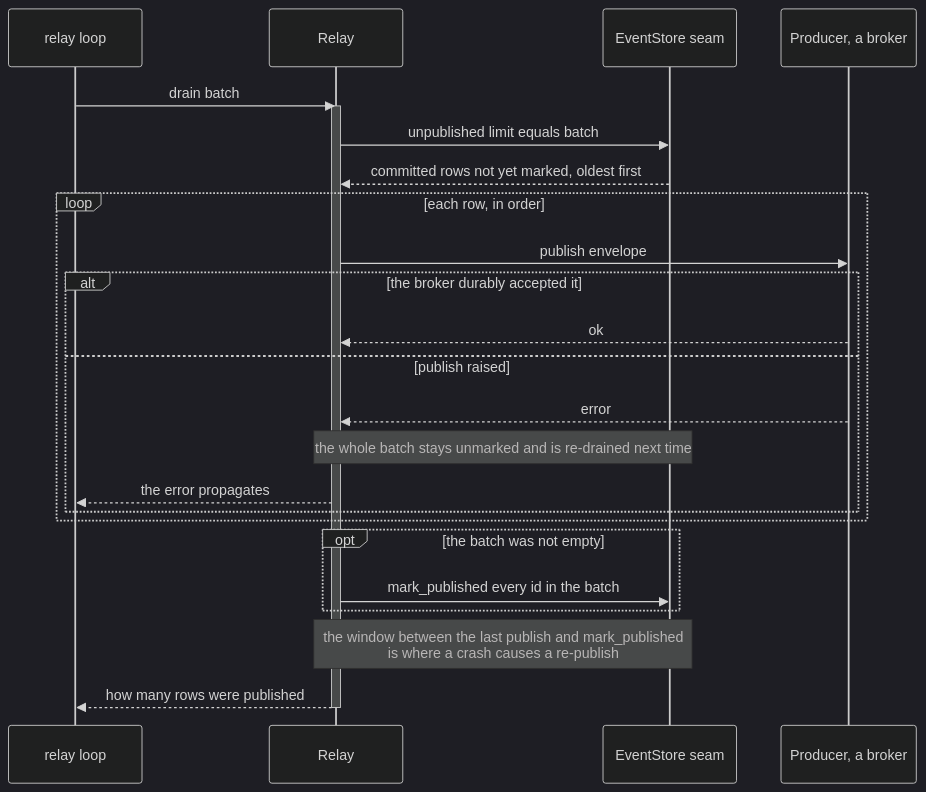
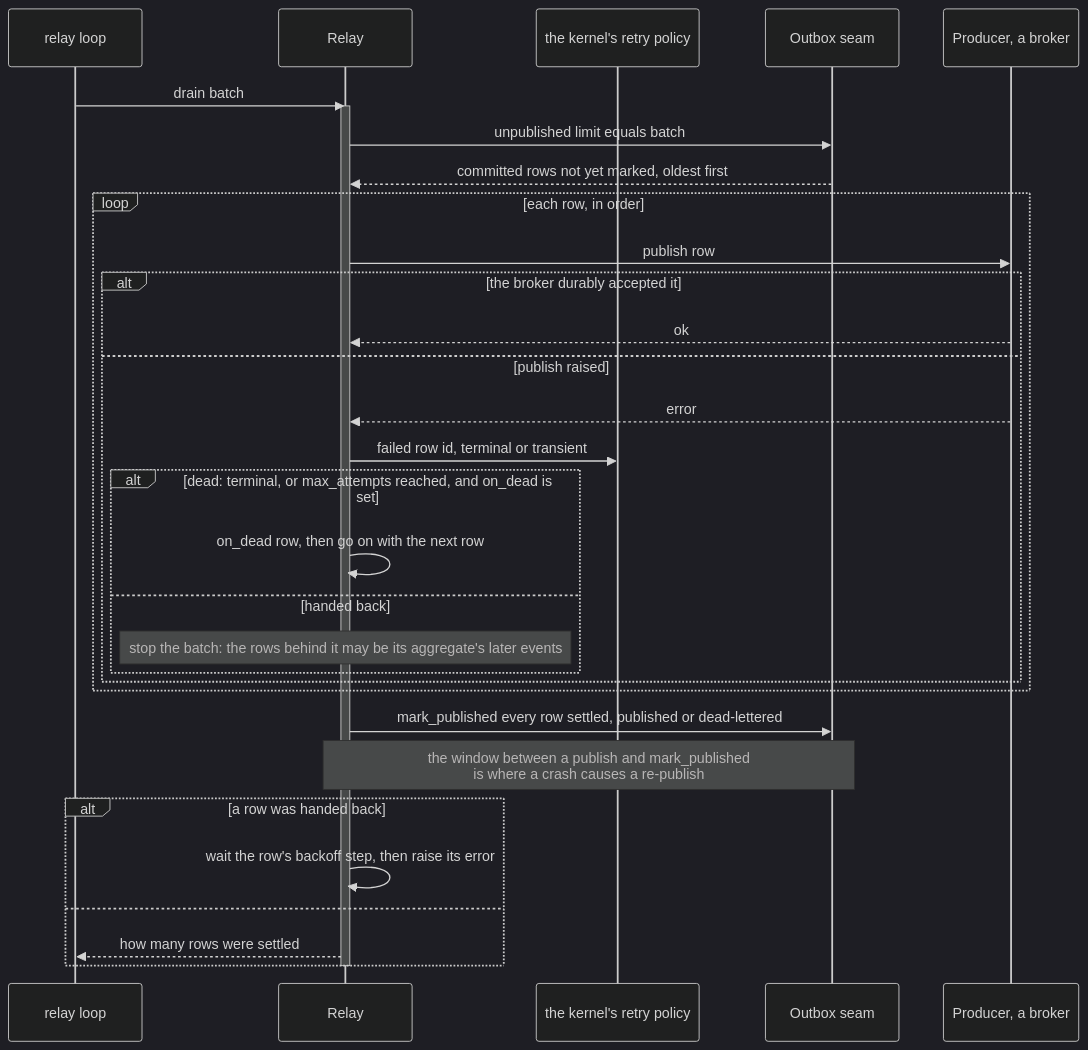
The fourth of 5 diagrams in docs/sdk/outbox.md (haskian/edax), drawn with Mermaid (dark theme) before and after one commit. The commit also changed other lines of this file and 234 other files, not shown here.

````diff
--- a/docs/sdk/outbox.md
+++ b/docs/sdk/outbox.md
@@ -134,28 +142,35 @@
 ```mermaid
 sequenceDiagram
     participant L as relay loop
     participant R as Relay
-    participant S as EventStore seam
+    participant K as the kernel's retry policy
+    participant S as Outbox seam
     participant P as Producer, a broker
 
     L->>R: drain batch
     activate R
     R->>S: unpublished limit equals batch
     S-->>R: committed rows not yet marked, oldest first
     loop each row, in order
-        R->>P: publish envelope
+        R->>P: publish row
         alt the broker durably accepted it
             P-->>R: ok
         else publish raised
             P-->>R: error
-            Note over R,S: the whole batch stays unmarked and is re-drained next time
-            R-->>L: the error propagates
+            R->>K: failed row id, terminal or transient
+            alt dead: terminal, or max_attempts reached, and on_dead is set
+                R->>R: on_dead row, then go on with the next row
+            else handed back
+                Note over R: stop the batch: the rows behind it may be its aggregate's later events
+            end
         end
     end
-    opt the batch was not empty
-        R->>S: mark_published every id in the batch
+    R->>S: mark_published every row settled, published or dead-lettered
+    Note over R,S: the window between a publish and mark_published<br/>is where a crash causes a re-publish
+    alt a row was handed back
+        R->>R: wait the row's backoff step, then raise its error
+    else
+        R-->>L: how many rows were settled
     end
-    Note over R,S: the window between the last publish and mark_published<br/>is where a crash causes a re-publish
-    R-->>L: how many rows were published
     deactivate R
 ```
````
